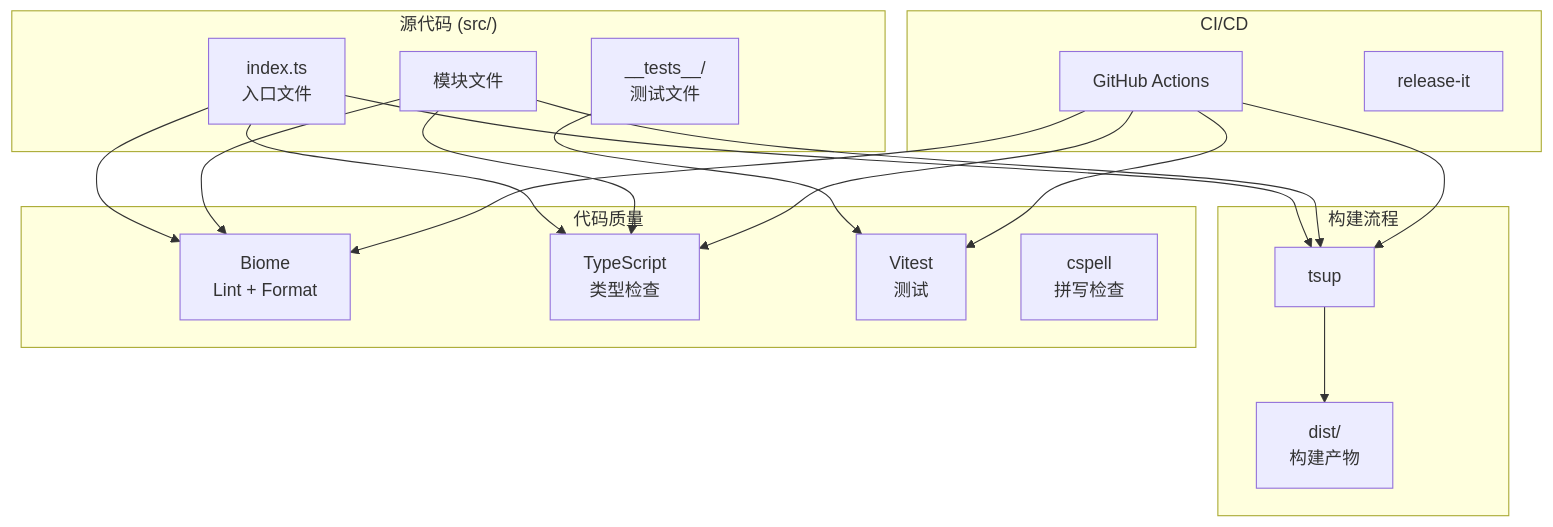
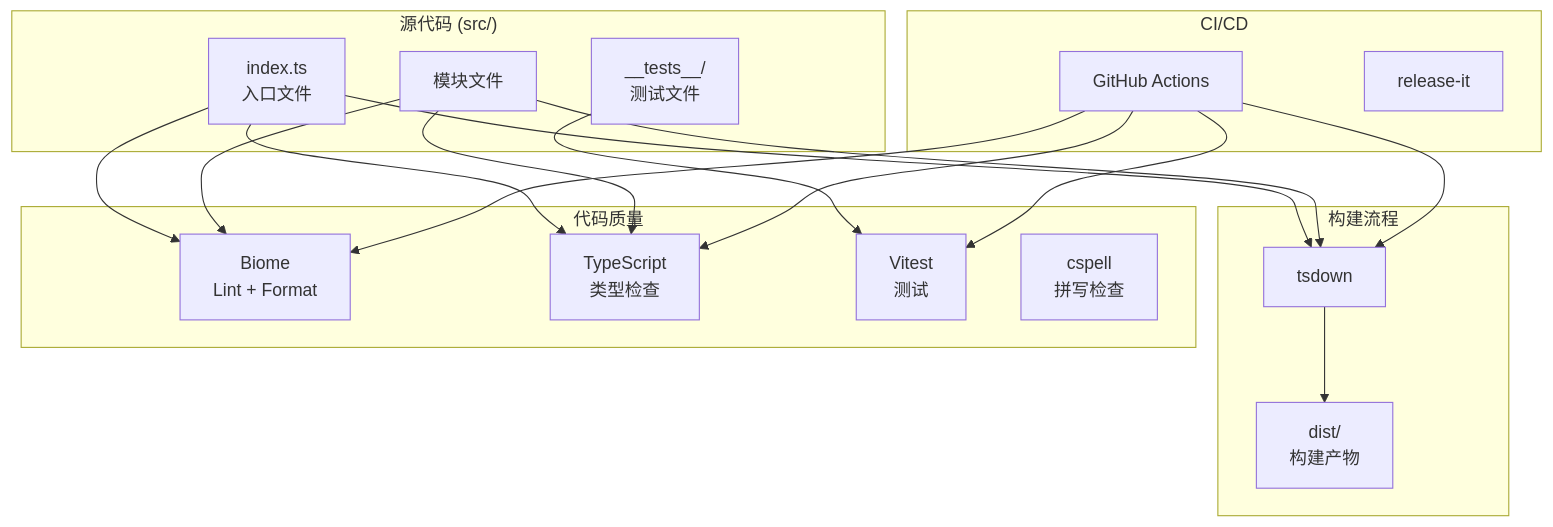
The first of 5 diagrams in docs/architecture.md (shenjingnan/ai-typescript-starter), drawn with Mermaid before and after one commit. The commit also changed other lines of this file and 6 other files, not shown here.

First line of the commit message:
docs: 清理项目中残留的 tsup 引用，统一替换为 tsdown (#39)

````diff
--- a/docs/architecture.md
+++ b/docs/architecture.md
@@ -7,40 +7,40 @@
 ```mermaid
 graph TB
     subgraph Source["源代码 (src/)"]
         index["index.ts<br/>入口文件"]
         modules["模块文件"]
         tests["__tests__/<br/>测试文件"]
     end
 
     subgraph Build["构建流程"]
-        tsup["tsup"]
+        tsdown["tsdown"]
         dist["dist/<br/>构建产物"]
     end
 
     subgraph Quality["代码质量"]
         biome["Biome<br/>Lint + Format"]
         typescript["TypeScript<br/>类型检查"]
         vitest["Vitest<br/>测试"]
         cspell["cspell<br/>拼写检查"]
     end
 
     subgraph CI["CI/CD"]
         actions["GitHub Actions"]
         release["release-it"]
     end
 
-    index --> tsup
-    modules --> tsup
-    tsup --> dist
+    index --> tsdown
+    modules --> tsdown
+    tsdown --> dist
 
     index --> biome
     modules --> biome
     tests --> vitest
     index --> typescript
     modules --> typescript
 
     actions --> biome
     actions --> typescript
     actions --> vitest
-    actions --> tsup
+    actions --> tsdown
 ```
````
